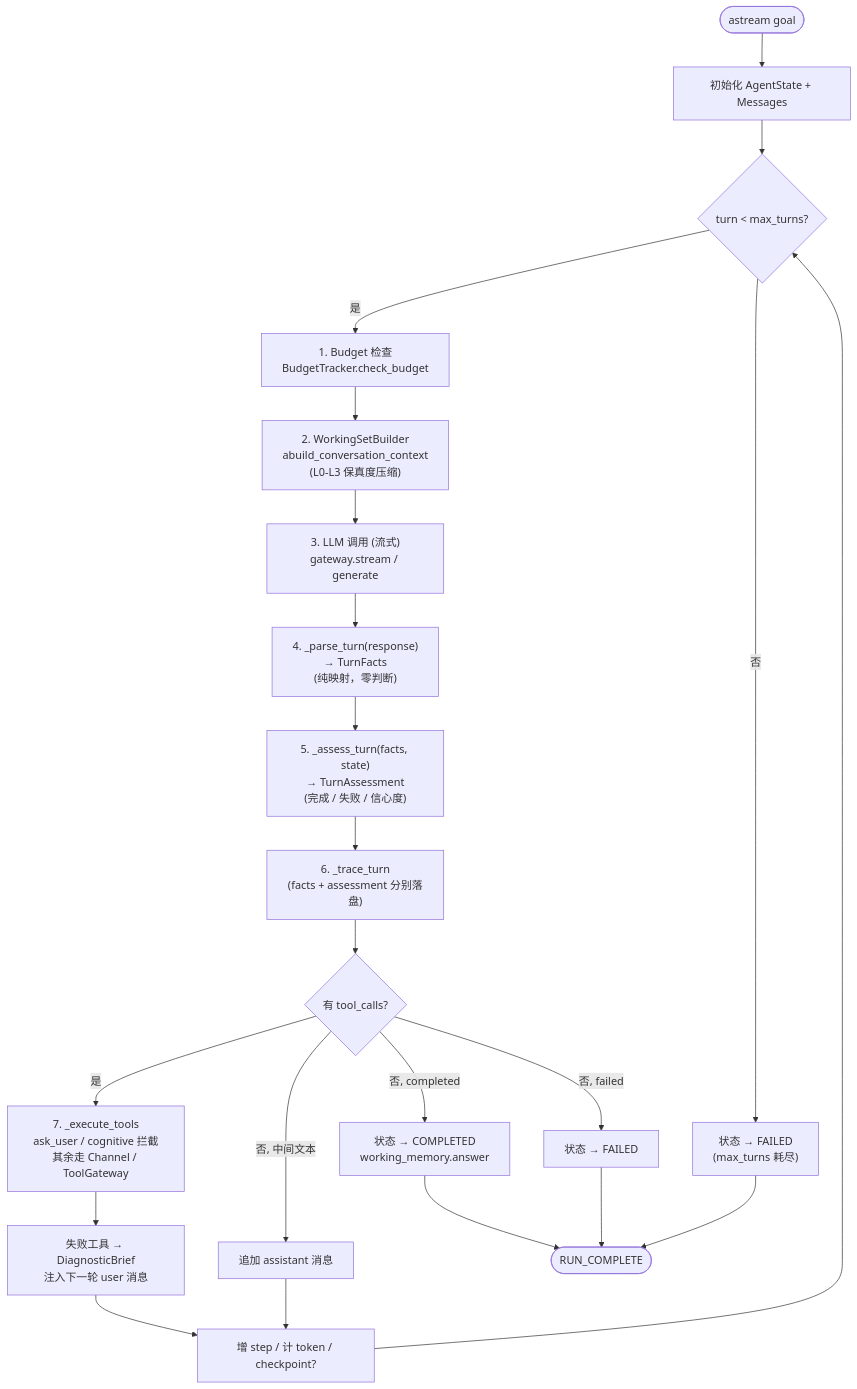
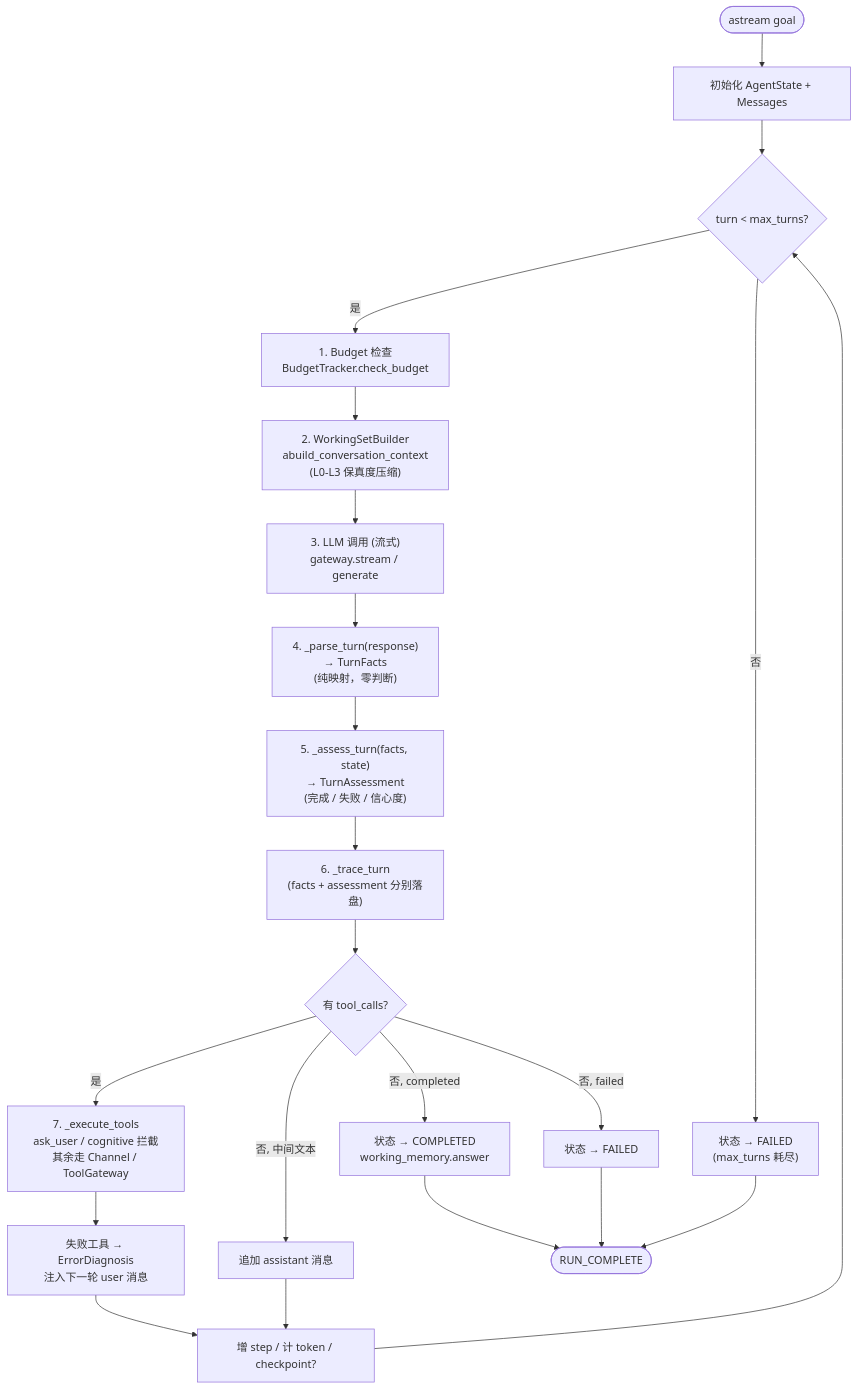
One commit to tyxben/arcana changed the second of 2 diagrams in docs/architecture.md. Above: the diagram before and after it, drawn with Mermaid. The commit also changed other lines of this file and 4 other files, not shown here.

First line of the commit message:
docs: fix stale class names — DiagnosticBrief / ContextBudget never existed

````diff
--- a/docs/architecture.md
+++ b/docs/architecture.md
@@ -83,31 +83,31 @@
 ```mermaid
 flowchart TD
     Start([astream goal]) --> Init["初始化 AgentState + Messages"]
     Init --> LoopHead{turn < max_turns?}
 
     LoopHead -->|否| Exhausted["状态 → FAILED<br/>(max_turns 耗尽)"]
     LoopHead -->|是| BudgetCheck["1. Budget 检查<br/>BudgetTracker.check_budget"]
 
     BudgetCheck --> CtxBuild["2. WorkingSetBuilder<br/>abuild_conversation_context<br/>(L0-L3 保真度压缩)"]
     CtxBuild --> LLMCall["3. LLM 调用 (流式)<br/>gateway.stream / generate"]
 
     LLMCall --> Parse["4. _parse_turn(response)<br/>→ TurnFacts<br/>(纯映射，零判断)"]
     Parse --> Assess["5. _assess_turn(facts, state)<br/>→ TurnAssessment<br/>(完成 / 失败 / 信心度)"]
     Assess --> Trace["6. _trace_turn<br/>(facts + assessment 分别落盘)"]
 
     Trace --> Branch{有 tool_calls?}
 
     Branch -->|是| Tools["7. _execute_tools<br/>ask_user / cognitive 拦截<br/>其余走 Channel / ToolGateway"]
-    Tools --> Diagnose["失败工具 → DiagnosticBrief<br/>注入下一轮 user 消息"]
+    Tools --> Diagnose["失败工具 → ErrorDiagnosis<br/>注入下一轮 user 消息"]
     Diagnose --> NextTurn
 
     Branch -->|否, completed| Complete["状态 → COMPLETED<br/>working_memory.answer"]
     Branch -->|否, failed| Failed["状态 → FAILED"]
     Branch -->|否, 中间文本| Continue["追加 assistant 消息"]
     Continue --> NextTurn
 
     NextTurn["增 step / 计 token / checkpoint?"] --> LoopHead
     Complete --> Done([RUN_COMPLETE])
     Failed --> Done
     Exhausted --> Done
 ```
````
